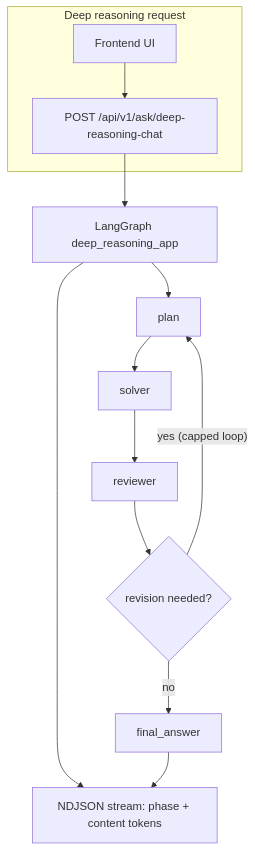
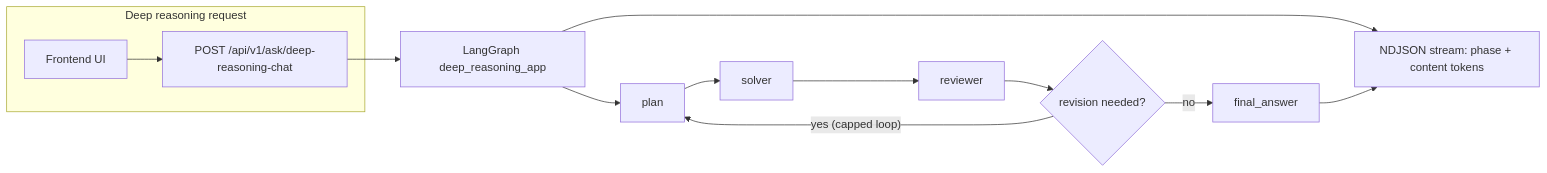
Before and after one commit to aneshr/council_of_experts: the second of 2 diagrams in MEDIUM_ARTICLE.md, drawn with Mermaid. The commit also changed other lines of this file and 1 other file, not shown here.

First line of the commit message:
Docs: use horizontal (LR) Mermaid for architecture diagrams

````diff
--- a/MEDIUM_ARTICLE.md
+++ b/MEDIUM_ARTICLE.md
@@ -123,17 +123,17 @@
 ```mermaid
-flowchart TD
+flowchart LR
   subgraph Request["Deep reasoning request"]
     Client["Frontend UI"]
     Endpoint["POST /api/v1/ask/deep-reasoning-chat"]
     Client --> Endpoint
   end
   Endpoint --> Graph["LangGraph deep_reasoning_app"]
   Graph --> Plan["plan"]
   Plan --> Solver["solver"]
   Solver --> Reviewer["reviewer"]
   Reviewer --> Decision{"revision needed?"}
   Decision -->|"yes (capped loop)"| Plan
   Decision -->|"no"| FinalAnswer["final_answer"]
   Graph --> Stream["NDJSON stream: phase + content tokens"]
   FinalAnswer --> Stream
 ```
````
